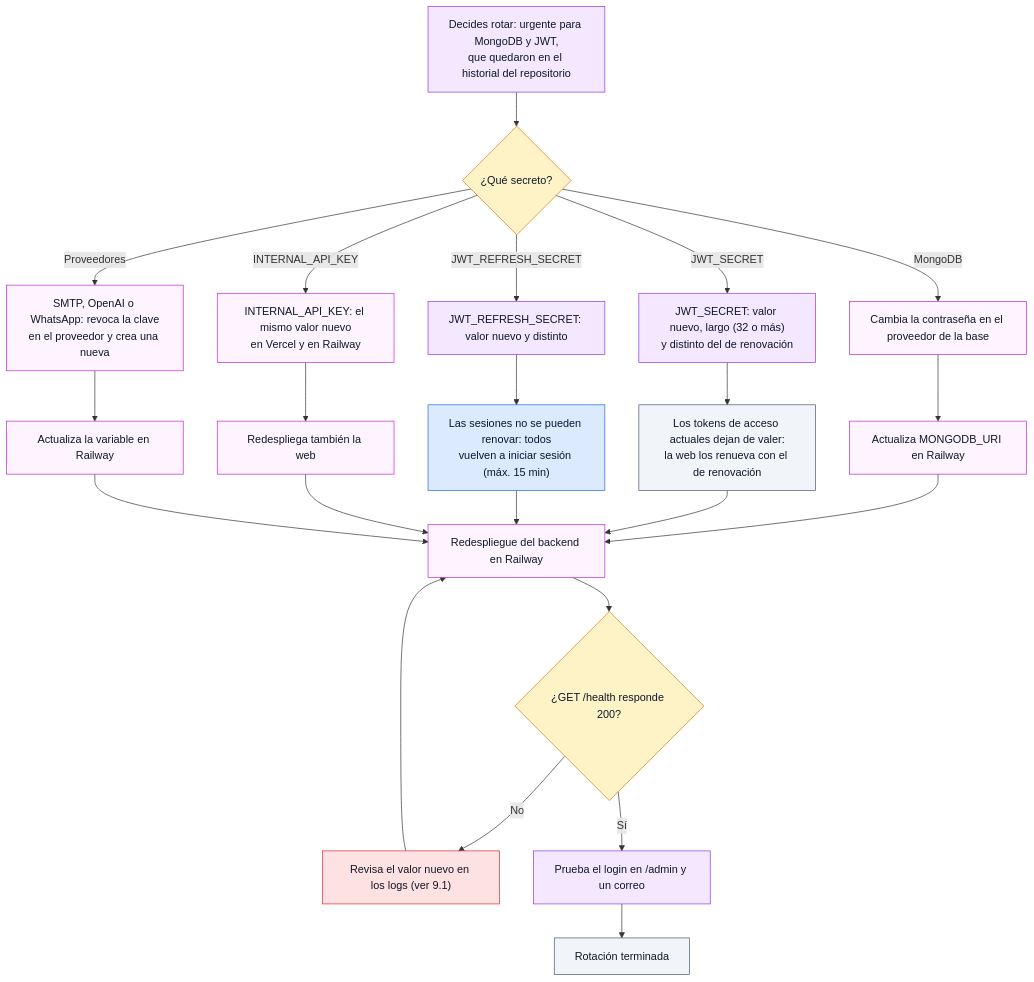
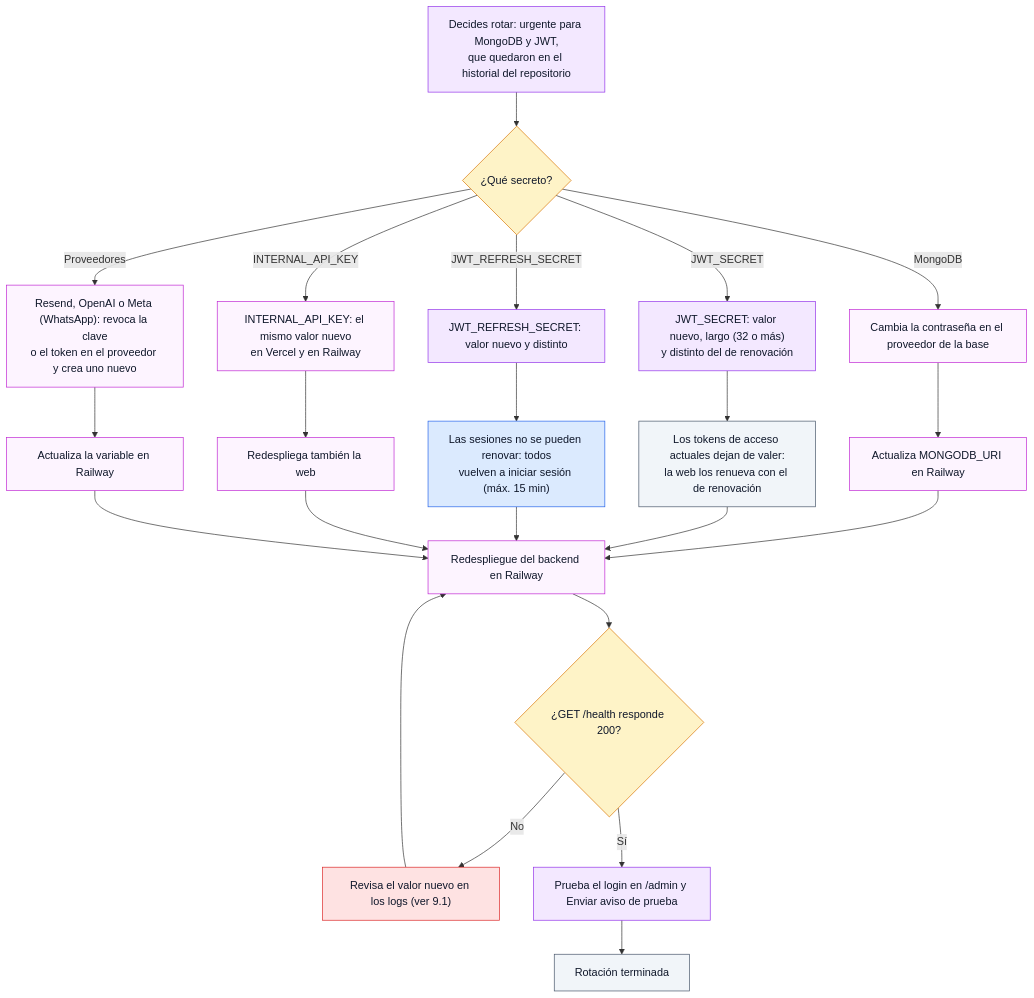
Before and after one commit to ronalc90/koptup: diagram 22 of 24 in docs/wiki/Doc-14-2-Flujos-de-Administracion-y-Operacion.md, drawn with Mermaid. The commit also changed other lines of this file and 45 other files, not shown here.

First line of the commit message:
docs(avisos): configuración de Resend y de la plantilla de WhatsApp, operación y wiki

````diff
--- a/docs/wiki/Doc-14-2-Flujos-de-Administracion-y-Operacion.md
+++ b/docs/wiki/Doc-14-2-Flujos-de-Administracion-y-Operacion.md
@@ -1159,38 +1170,38 @@
 ```mermaid
 flowchart TD
     classDef visitante fill:#dbeafe,stroke:#2563eb,color:#0f172a
     classDef sistema fill:#f1f5f9,stroke:#475569,color:#0f172a
     classDef admin fill:#f3e8ff,stroke:#9333ea,color:#0f172a
     classDef aviso fill:#dcfce7,stroke:#16a34a,color:#0f172a
     classDef decision fill:#fef3c7,stroke:#d97706,color:#0f172a
     classDef error fill:#fee2e2,stroke:#dc2626,color:#0f172a
     classDef externo fill:#fdf4ff,stroke:#c026d3,color:#0f172a
 
     K0["Decides rotar: urgente para MongoDB y JWT,<br/>que quedaron en el historial del repositorio"]:::admin
     D1{"¿Qué secreto?"}:::decision
     M1["Cambia la contraseña en el proveedor de la base"]:::externo
     M2["Actualiza MONGODB_URI en Railway"]:::externo
     J1["JWT_SECRET: valor nuevo, largo (32 o más)<br/>y distinto del de renovación"]:::admin
     J2["Los tokens de acceso actuales dejan de valer:<br/>la web los renueva con el de renovación"]:::sistema
     J3["JWT_REFRESH_SECRET: valor nuevo y distinto"]:::admin
     J4["Las sesiones no se pueden renovar: todos<br/>vuelven a iniciar sesión (máx. 15 min)"]:::visitante
     K1["INTERNAL_API_KEY: el mismo valor nuevo<br/>en Vercel y en Railway"]:::externo
     K2["Redespliega también la web"]:::externo
-    P1["SMTP, OpenAI o WhatsApp: revoca la clave<br/>en el proveedor y crea una nueva"]:::externo
+    P1["Resend, OpenAI o Meta (WhatsApp): revoca la clave<br/>o el token en el proveedor y crea uno nuevo"]:::externo
     P2["Actualiza la variable en Railway"]:::externo
     R1["Redespliegue del backend en Railway"]:::externo
     D2{"¿GET /health responde 200?"}:::decision
     R2["Revisa el valor nuevo en los logs (ver 9.1)"]:::error
-    R3["Prueba el login en /admin y un correo"]:::admin
+    R3["Prueba el login en /admin y Enviar aviso de prueba"]:::admin
     R4["Rotación terminada"]:::sistema
 
     K0 --> D1
     D1 -->|"MongoDB"| M1 --> M2 --> R1
     D1 -->|"JWT_SECRET"| J1 --> J2 --> R1
     D1 -->|"JWT_REFRESH_SECRET"| J3 --> J4 --> R1
     D1 -->|"INTERNAL_API_KEY"| K1 --> K2 --> R1
     D1 -->|"Proveedores"| P1 --> P2 --> R1
     R1 --> D2
     D2 -->|"No"| R2 --> R1
     D2 -->|"Sí"| R3 --> R4
 ```
````
